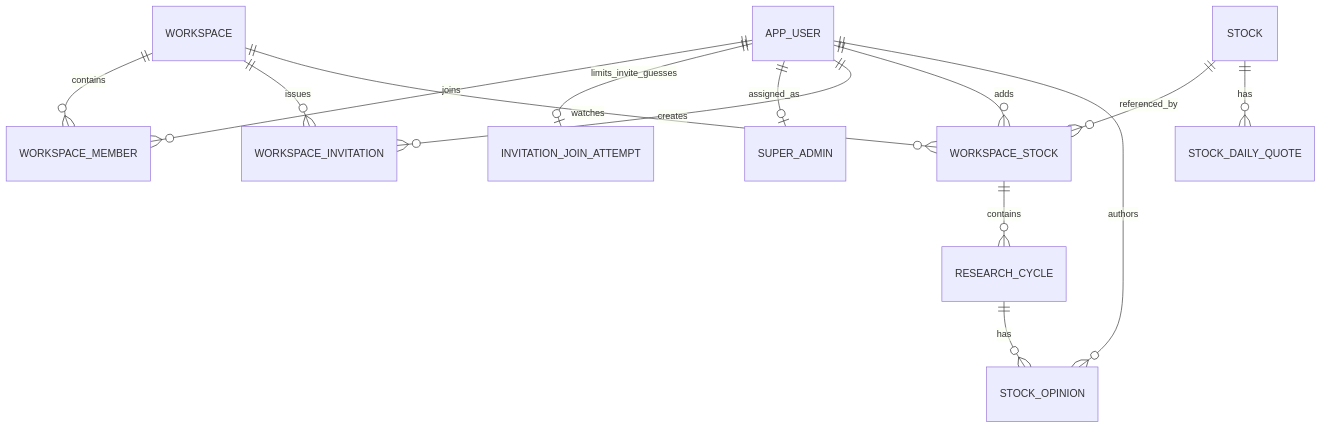
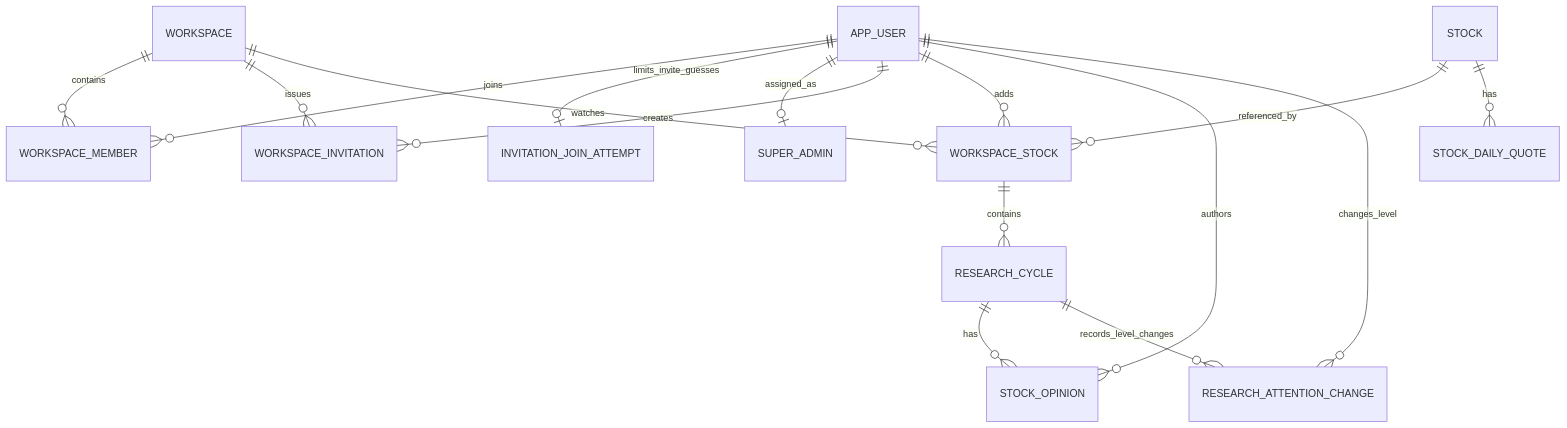
The diagram in docs/architecture/data-model.md (liu123268/stock-system), drawn with Mermaid before and after one commit. The commit also changed other lines of this file and 18 other files, not shown here.

````diff
--- a/docs/architecture/data-model.md
+++ b/docs/architecture/data-model.md
@@ -21,16 +21,18 @@
 ```mermaid
 erDiagram
     APP_USER ||--o{ WORKSPACE_MEMBER : joins
     APP_USER ||--o| INVITATION_JOIN_ATTEMPT : limits_invite_guesses
     APP_USER ||--o| SUPER_ADMIN : assigned_as
     WORKSPACE ||--o{ WORKSPACE_MEMBER : contains
     WORKSPACE ||--o{ WORKSPACE_INVITATION : issues
     APP_USER ||--o{ WORKSPACE_INVITATION : creates
     WORKSPACE ||--o{ WORKSPACE_STOCK : watches
     STOCK ||--o{ WORKSPACE_STOCK : referenced_by
     APP_USER ||--o{ WORKSPACE_STOCK : adds
     WORKSPACE_STOCK ||--o{ RESEARCH_CYCLE : contains
     RESEARCH_CYCLE ||--o{ STOCK_OPINION : has
+    RESEARCH_CYCLE ||--o{ RESEARCH_ATTENTION_CHANGE : records_level_changes
     APP_USER ||--o{ STOCK_OPINION : authors
+    APP_USER ||--o{ RESEARCH_ATTENTION_CHANGE : changes_level
     STOCK ||--o{ STOCK_DAILY_QUOTE : has
 ```
````
